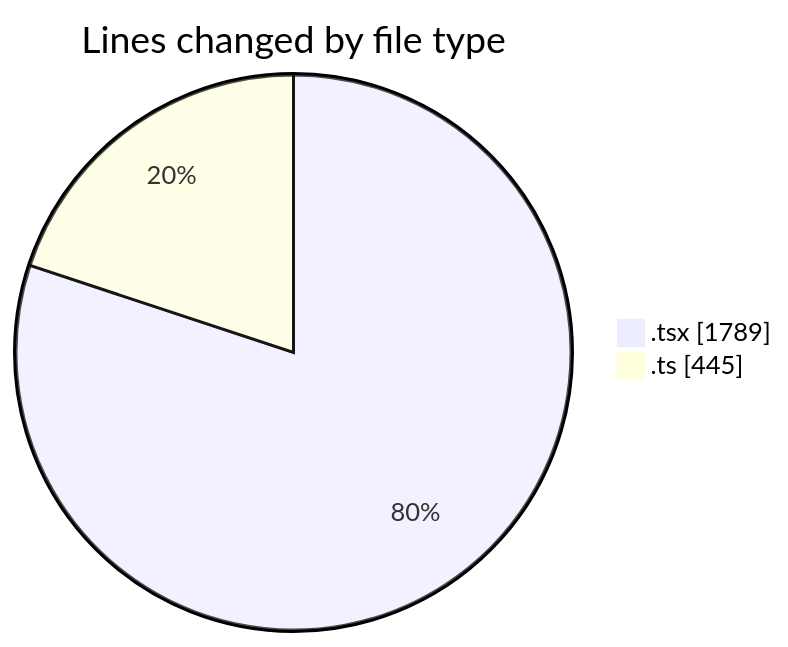
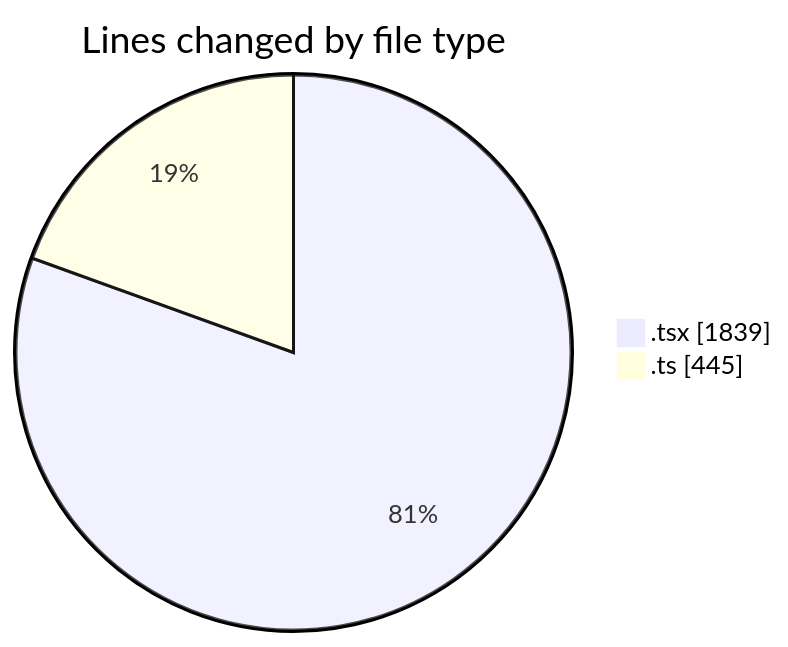
The first of 2 diagrams in 2025-09-24/cda/README.md (momahboobian/code-tracking), drawn with Mermaid before and after one commit. The commit also changed other lines of this file and 1 other file, not shown here.

````diff
--- a/2025-09-24/cda/README.md
+++ b/2025-09-24/cda/README.md
@@ -29,6 +29,6 @@
 ```mermaid
 pie showData
 title Lines changed by file type
-".tsx" : 1789
+".tsx" : 1839
 ".ts" : 445
 ```
````
